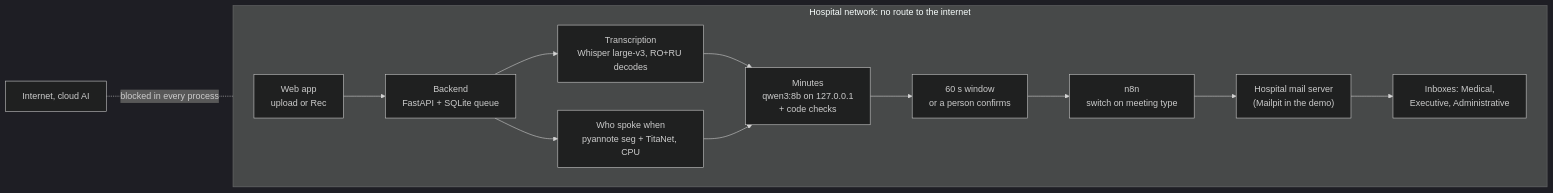
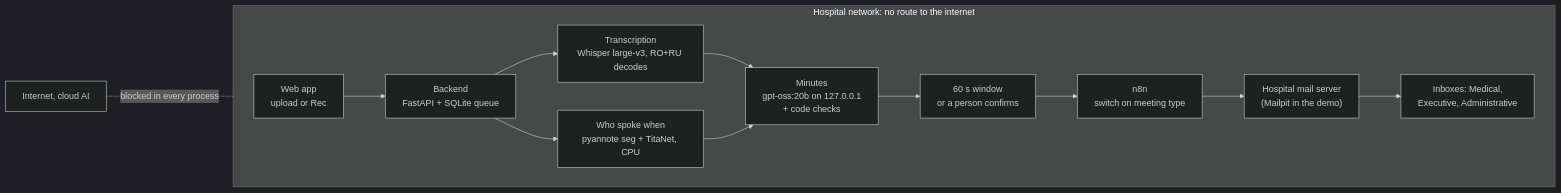
Before and after one commit to foxymadeit/medpark-challenge: the diagram in README.md, drawn with Mermaid (dark theme). The commit also changed other lines of this file and 1 other file, not shown here.

First line of the commit message:
docs: gpt-oss:20b writes the minutes, and why

````diff
--- a/README.md
+++ b/README.md
@@ -340,16 +359,16 @@
 ```mermaid
 flowchart LR
   subgraph H["Hospital network: no route to the internet"]
     direction LR
     U["Web app<br/>upload or Rec"] --> B["Backend<br/>FastAPI + SQLite queue"]
     B --> A["Transcription<br/>Whisper large-v3, RO+RU decodes"]
     B --> D["Who spoke when<br/>pyannote seg + TitaNet, CPU"]
-    A --> M["Minutes<br/>qwen3:8b on 127.0.0.1<br/>+ code checks"]
+    A --> M["Minutes<br/>gpt-oss:20b on 127.0.0.1<br/>+ code checks"]
     D --> M
     M --> R["60 s window<br/>or a person confirms"]
     R --> N["n8n<br/>switch on meeting type"]
     N --> S["Hospital mail server<br/>(Mailpit in the demo)"]
     S --> I["Inboxes: Medical,<br/>Executive, Administrative"]
   end
   X["Internet, cloud AI"] -. "blocked in every process" .- H
 ```
````
